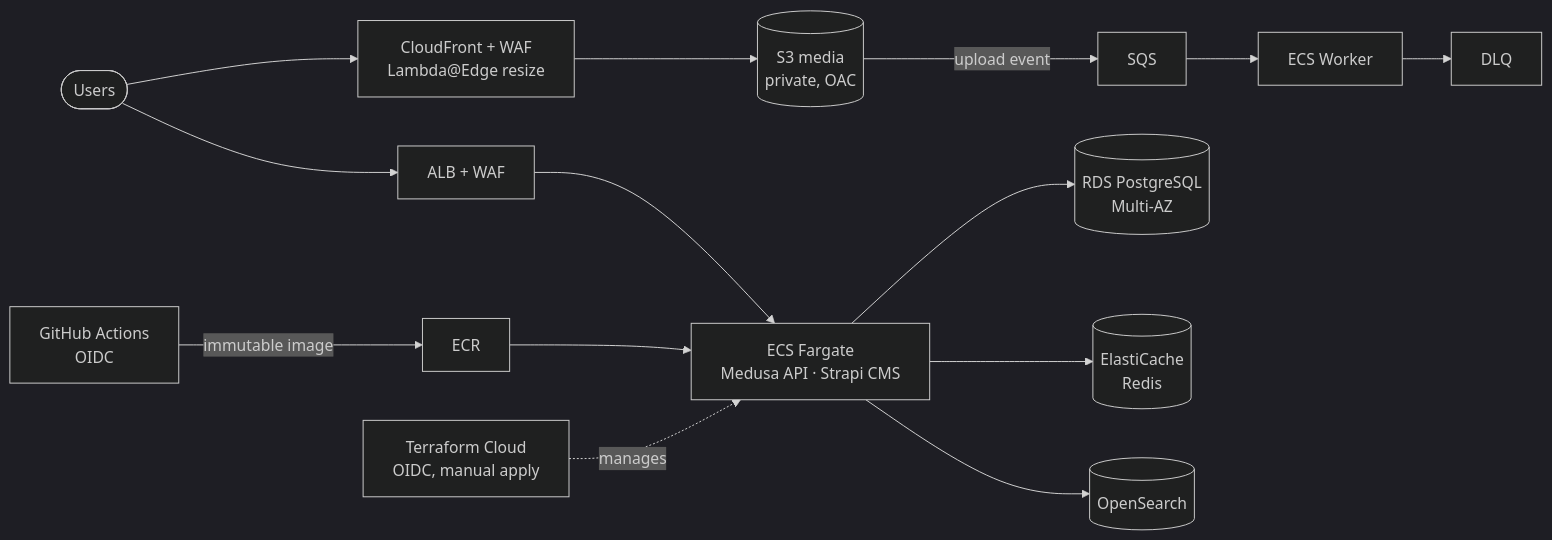
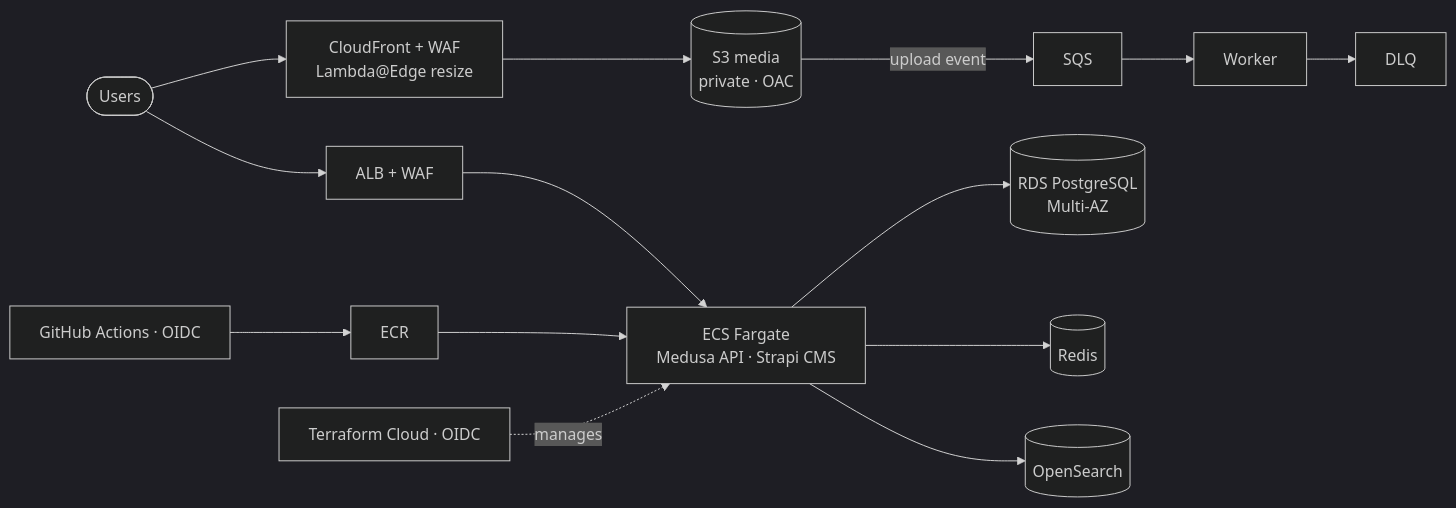
One commit to pandeyysatyam/pandeyysatyam changed the diagram in README.md. Above: the diagram before and after it, drawn with Mermaid (dark theme). The commit also changed other lines of this file and 1 other file, not shown here.

````diff
--- a/README.md
+++ b/README.md
@@ -99,13 +95,13 @@
 ```mermaid
 flowchart LR
     U([Users]) --> CF[CloudFront + WAF<br/>Lambda@Edge resize]
     U --> ALB[ALB + WAF]
-    CF --> S3[(S3 media<br/>private, OAC)]
+    CF --> S3[(S3 media<br/>private · OAC)]
     ALB --> ECS[ECS Fargate<br/>Medusa API · Strapi CMS]
     ECS --> RDS[(RDS PostgreSQL<br/>Multi-AZ)]
-    ECS --> R[(ElastiCache<br/>Redis)]
+    ECS --> R[(Redis)]
     ECS --> OS[(OpenSearch)]
-    S3 -- upload event --> Q[SQS] --> W[ECS Worker] --> DLQ[DLQ]
-    GH[GitHub Actions<br/>OIDC] -- immutable image --> ECR[ECR] --> ECS
-    TFC[Terraform Cloud<br/>OIDC, manual apply] -. manages .-> ECS
+    S3 -- upload event --> Q[SQS] --> W[Worker] --> DLQ[DLQ]
+    GH[GitHub Actions · OIDC] --> ECR[ECR] --> ECS
+    TFC[Terraform Cloud · OIDC] -. manages .-> ECS
 ```
````
